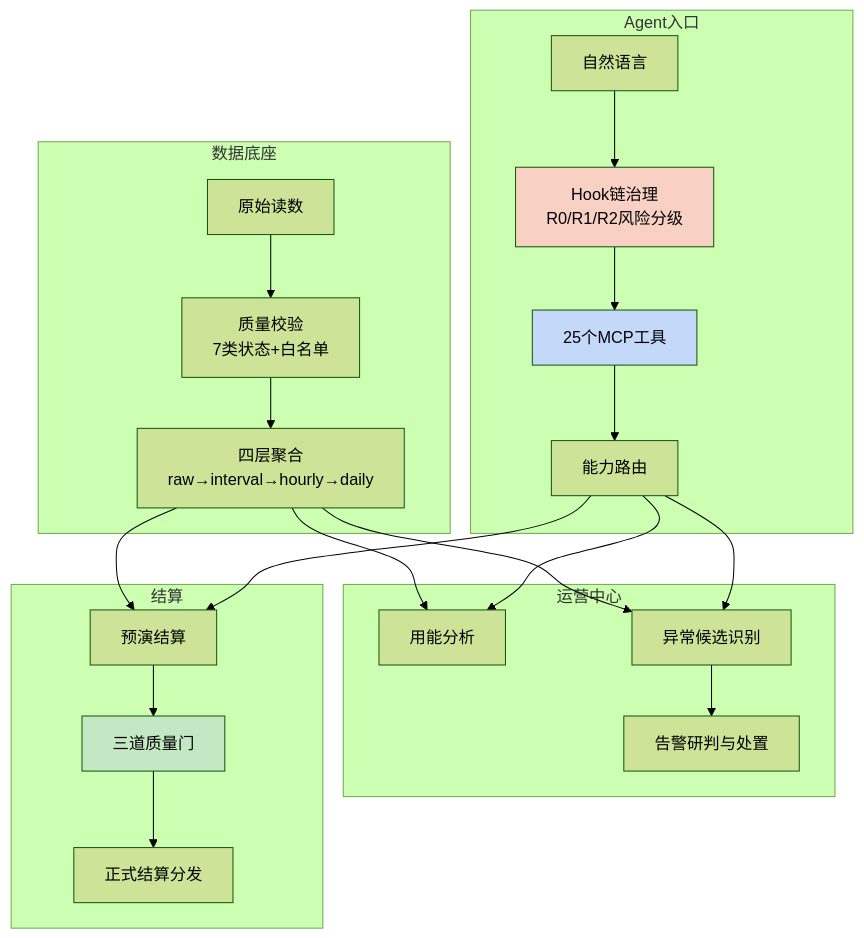
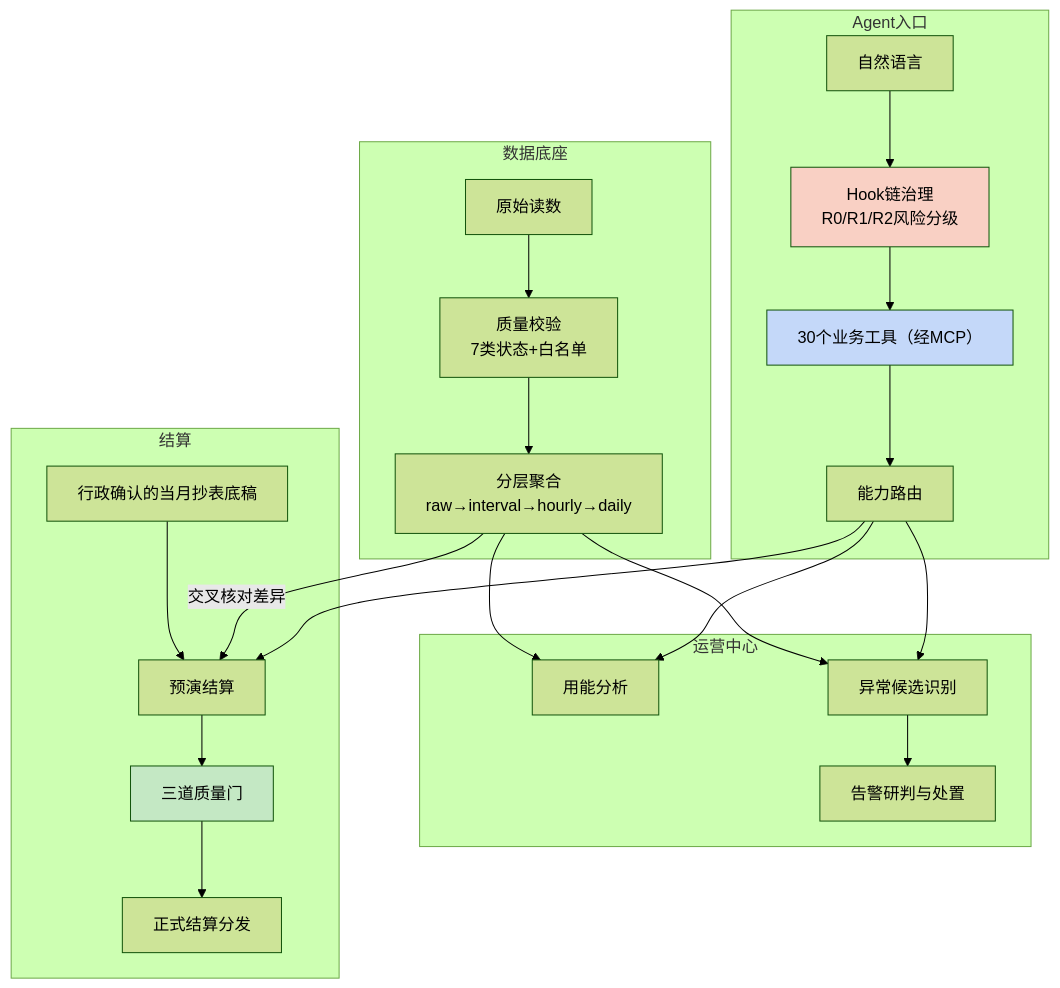
The second of 2 diagrams in projects/金山 EnergyOps.md (Ygrowly/Marvis), drawn with Mermaid (forest theme) before and after one commit. The commit also changed other lines of this file and 86 other files, not shown here.

````diff
--- a/projects/金山 EnergyOps.md
+++ b/projects/金山 EnergyOps.md
@@ -884,28 +946,29 @@
 ```mermaid
 graph TB
     subgraph 数据底座
         A[原始读数] --> B[质量校验<br/>7类状态+白名单]
-        B --> C[四层聚合<br/>raw→interval→hourly→daily]
+        B --> C[分层聚合<br/>raw→interval→hourly→daily]
     end
     subgraph 运营中心
         C --> D[用能分析]
         C --> E[异常候选识别]
         E --> F[告警研判与处置]
     end
     subgraph 结算
-        C --> G[预演结算]
+        A2[行政确认的当月抄表底稿] --> G[预演结算]
+        C -- 交叉核对差异 --> G
         G --> H[三道质量门]
         H --> I[正式结算分发]
     end
     subgraph Agent入口
         J[自然语言] --> K[Hook链治理<br/>R0/R1/R2风险分级]
-        K --> L[25个MCP工具]
+        K --> L[30个业务工具（经MCP）]
         L --> M[能力路由]
         M --> D
         M --> E
         M --> G
     end
     style K fill:#f9d0c4
     style L fill:#c4d8f9
     style H fill:#c4e8c4
 ```
````
